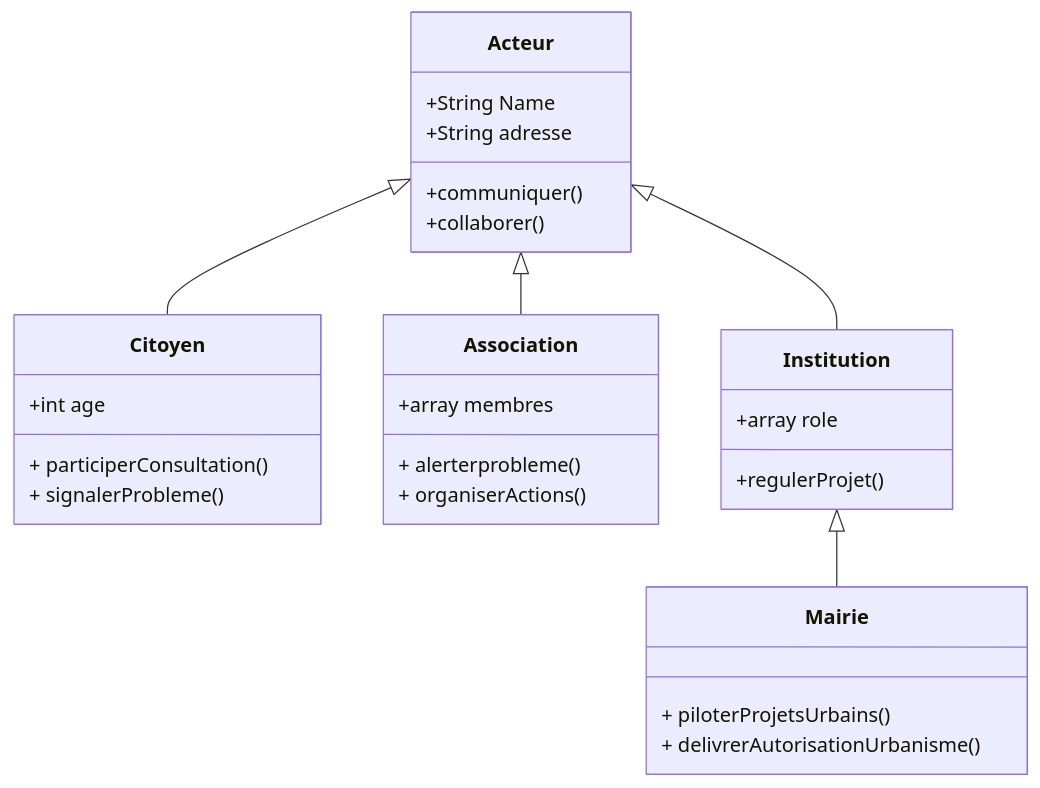
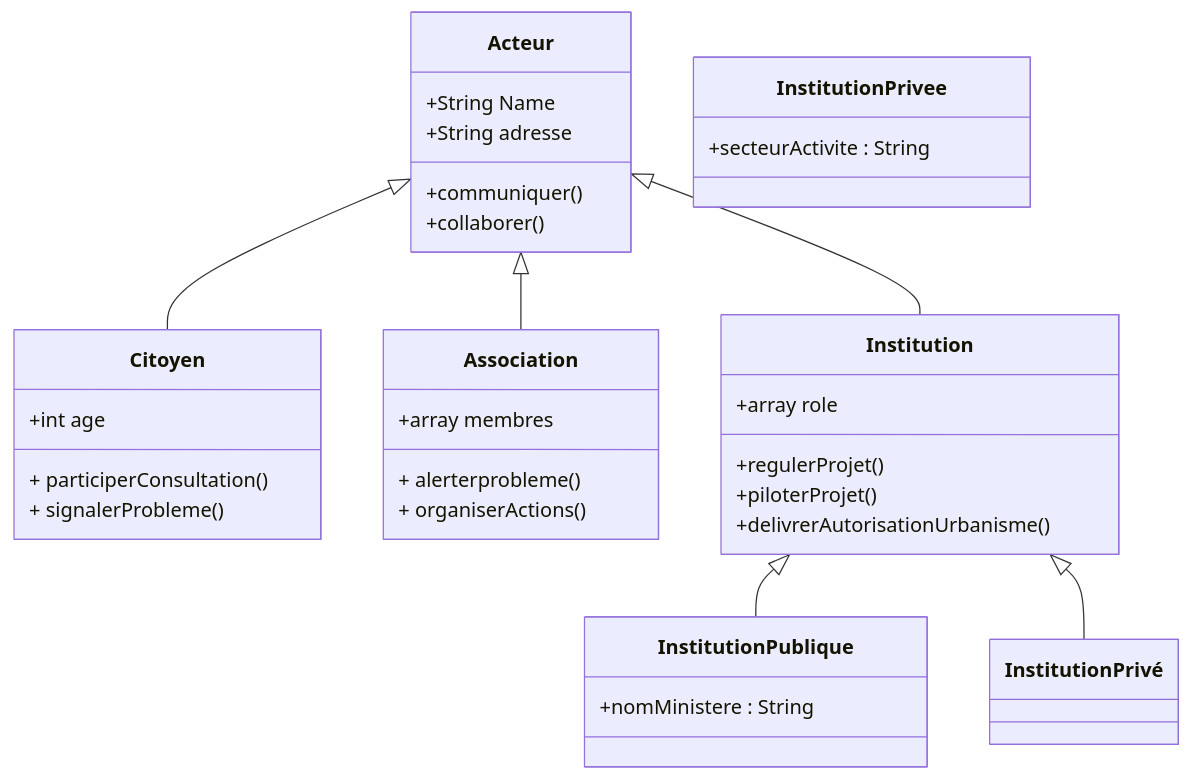
Before and after one commit to kahiarchi/plaine---saint--Denis---batiment-: the diagram in acteursDoudousml.md, drawn with Mermaid.

````diff
--- a/acteursDoudousml.md
+++ b/acteursDoudousml.md
@@ -1,30 +1,36 @@
 ```mermaid
 classDiagram
     Acteur <|-- Citoyen
     Acteur <|-- Association
     Acteur <|-- Institution
-    Institution <|-- Mairie
+    Institution <|-- InstitutionPublique
+    Institution <|-- InstitutionPrivé
     Acteur : +String Name
     Acteur : +String adresse
     Acteur: +communiquer()
     Acteur: +collaborer()
     class Citoyen{
       +int age
       + participerConsultation()
       + signalerProbleme()
     }
 class Institution {
         +array role
         +regulerProjet()
+        +piloterProjet()
+        +delivrerAutorisationUrbanisme()
     }
     class Association{
 
     +array membres 
     + alerterprobleme()
     + organiserActions()
     }
-   class Mairie {
-    + piloterProjetsUrbains()
-    + delivrerAutorisationUrbanisme()
-}
+     class InstitutionPublique {
+      +nomMinistere : String
+    }
+
+    class InstitutionPrivee {
+      +secteurActivite : String
+    }
 ```
````
